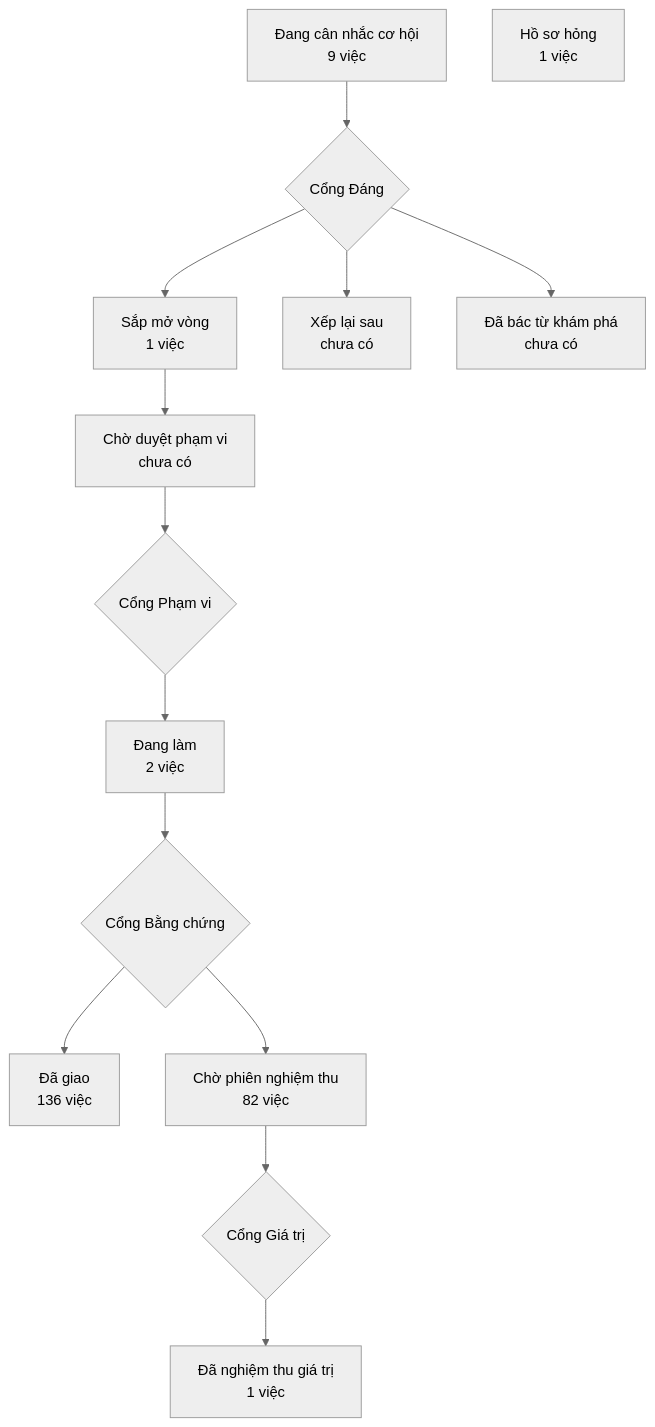
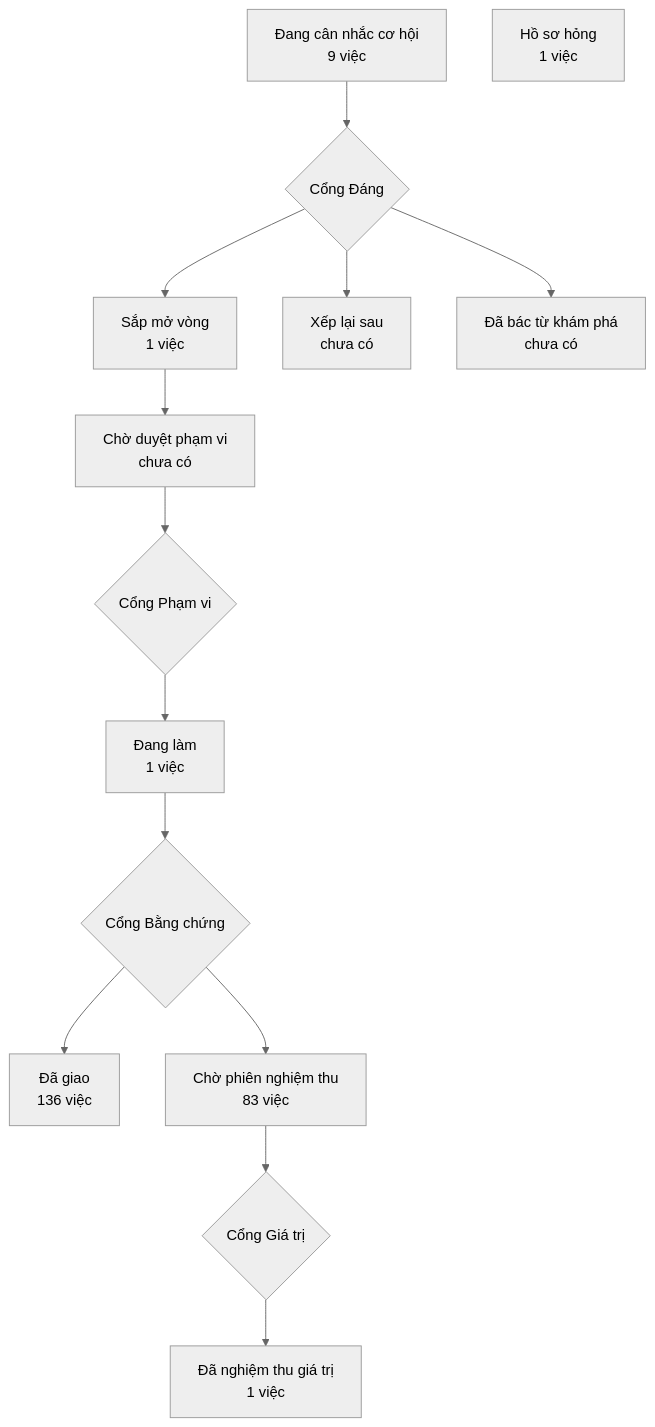
One commit to phanlemanh/crm-onehub changed the diagram in PRODUCT-MAP.md. Above: the diagram before and after it, drawn with Mermaid (neutral theme).

Commit message:
chore: vẽ lại bản đồ sau chữ ký lo-trinh-ten-va-build

````diff
--- a/PRODUCT-MAP.md
+++ b/PRODUCT-MAP.md
@@ -7,13 +7,13 @@
 ```mermaid
 flowchart TD
   A["Đang cân nhắc cơ hội<br/>9 việc"] --> GD{"Cổng Đáng"}
   GD --> B["Sắp mở vòng<br/>1 việc"]
   GD --> XL["Xếp lại sau<br/>chưa có"]
   GD --> DB["Đã bác từ khám phá<br/>chưa có"]
   B --> CD["Chờ duyệt phạm vi<br/>chưa có"] --> GP{"Cổng Phạm vi"}
-  GP --> DL["Đang làm<br/>2 việc"] --> GB{"Cổng Bằng chứng"}
+  GP --> DL["Đang làm<br/>1 việc"] --> GB{"Cổng Bằng chứng"}
   GB --> DG["Đã giao<br/>136 việc"]
-  GB --> CN["Chờ phiên nghiệm thu<br/>82 việc"] --> GG{"Cổng Giá trị"}
+  GB --> CN["Chờ phiên nghiệm thu<br/>83 việc"] --> GG{"Cổng Giá trị"}
   GG --> NT["Đã nghiệm thu giá trị<br/>1 việc"]
   HS["Hồ sơ hỏng<br/>1 việc"]
 ```
````
